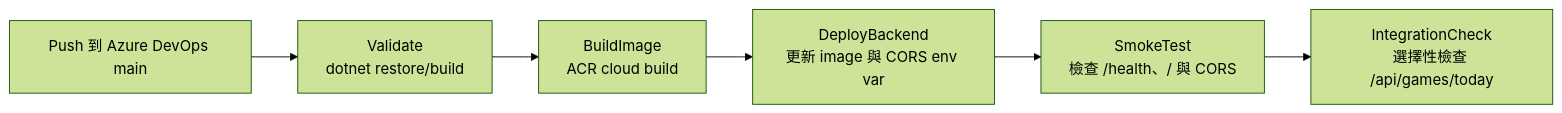
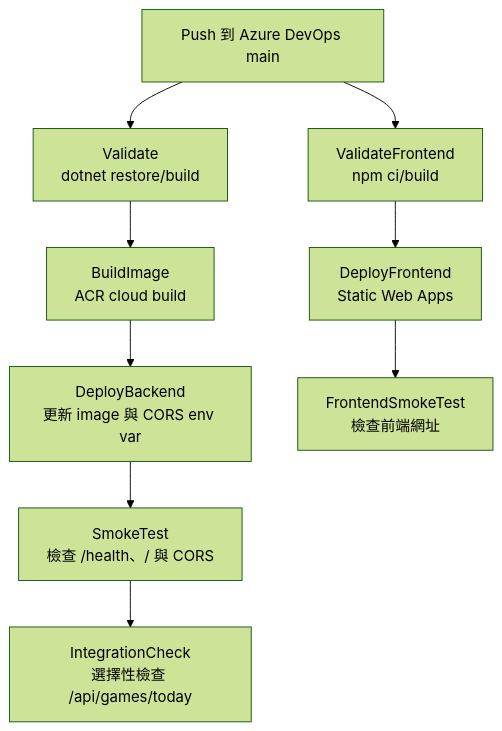
The fourth of 4 diagrams in docs/learning-record.md (sungYiCheng/MLB), drawn with Mermaid (forest theme) before and after one commit. The commit also changed other lines of this file and 6 other files, not shown here.

````diff
--- a/docs/learning-record.md
+++ b/docs/learning-record.md
@@ -92,8 +95,11 @@
 ```mermaid
-flowchart LR
+flowchart TD
     Push[Push 到 Azure DevOps main] --> Validate[Validate<br/>dotnet restore/build]
     Validate --> BuildImage[BuildImage<br/>ACR cloud build]
     BuildImage --> DeployBackend[DeployBackend<br/>更新 image 與 CORS env var]
     DeployBackend --> SmokeTest[SmokeTest<br/>檢查 /health、/ 與 CORS]
     SmokeTest --> IntegrationCheck[IntegrationCheck<br/>選擇性檢查 /api/games/today]
+    Push --> FrontendValidate[ValidateFrontend<br/>npm ci/build]
+    FrontendValidate --> FrontendDeploy[DeployFrontend<br/>Static Web Apps]
+    FrontendDeploy --> FrontendSmoke[FrontendSmokeTest<br/>檢查前端網址]
 ```
````
